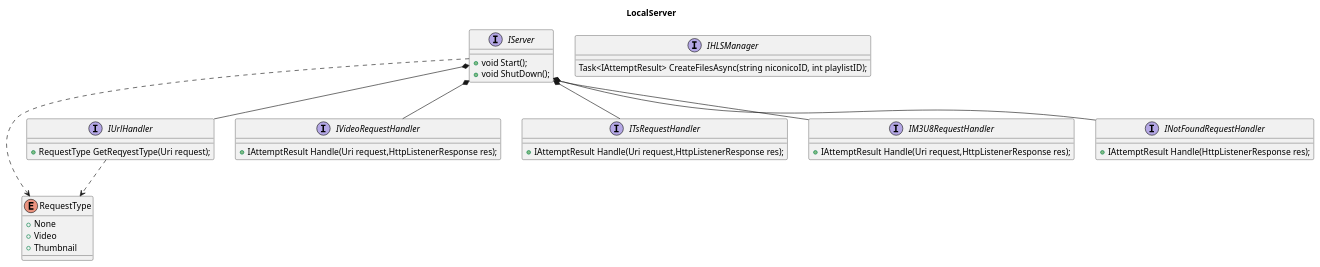
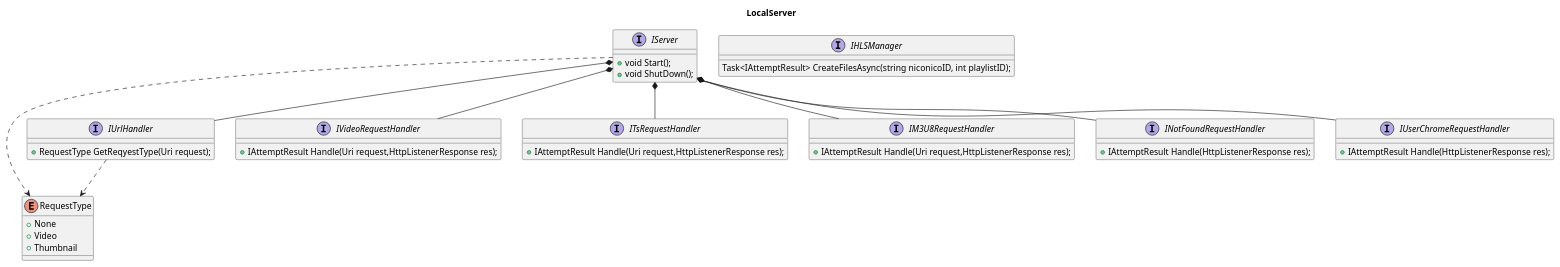
One commit to Hayao-H/Niconicome changed the diagram in Niconicome/Design/LocalServer/LocalServer.pu. Above: the diagram before and after it, drawn with PlantUML. The commit also changed 21 other files, not shown here.

```diff
--- a/Niconicome/Design/LocalServer/LocalServer.pu
+++ b/Niconicome/Design/LocalServer/LocalServer.pu
@@ -1,48 +1,53 @@
 @startuml LocalServer
 
 title LocalServer
 
 enum RequestType {
     + None
     + Video
     + Thumbnail
 }
 
 interface IServer {
     + void Start();
     + void ShutDown();
 }
 
 interface IHLSManager {
     Task<IAttemptResult> CreateFilesAsync(string niconicoID, int playlistID);
 }
 
 interface IUrlHandler {
     + RequestType GetReqyestType(Uri request);
 }
 
 interface IVideoRequestHandler {
     + IAttemptResult Handle(Uri request,HttpListenerResponse res);
 }
 
 interface ITsRequestHandler {
     + IAttemptResult Handle(Uri request,HttpListenerResponse res);
 }
 
 interface IM3U8RequestHandler {
     + IAttemptResult Handle(Uri request,HttpListenerResponse res);
 }
 
 interface INotFoundRequestHandler {
     + IAttemptResult Handle(HttpListenerResponse res);
 }
 
+interface IUserChromeRequestHandler {
+    + IAttemptResult Handle(HttpListenerResponse res);
+}
+
 IServer *-- IUrlHandler
 IServer *-- IVideoRequestHandler
 IServer *-- INotFoundRequestHandler
 IServer *-- IM3U8RequestHandler
 IServer *-- ITsRequestHandler
+IServer *-- IUserChromeRequestHandler
 IServer ..> RequestType
 IUrlHandler ..> RequestType
 
 @enduml
```
